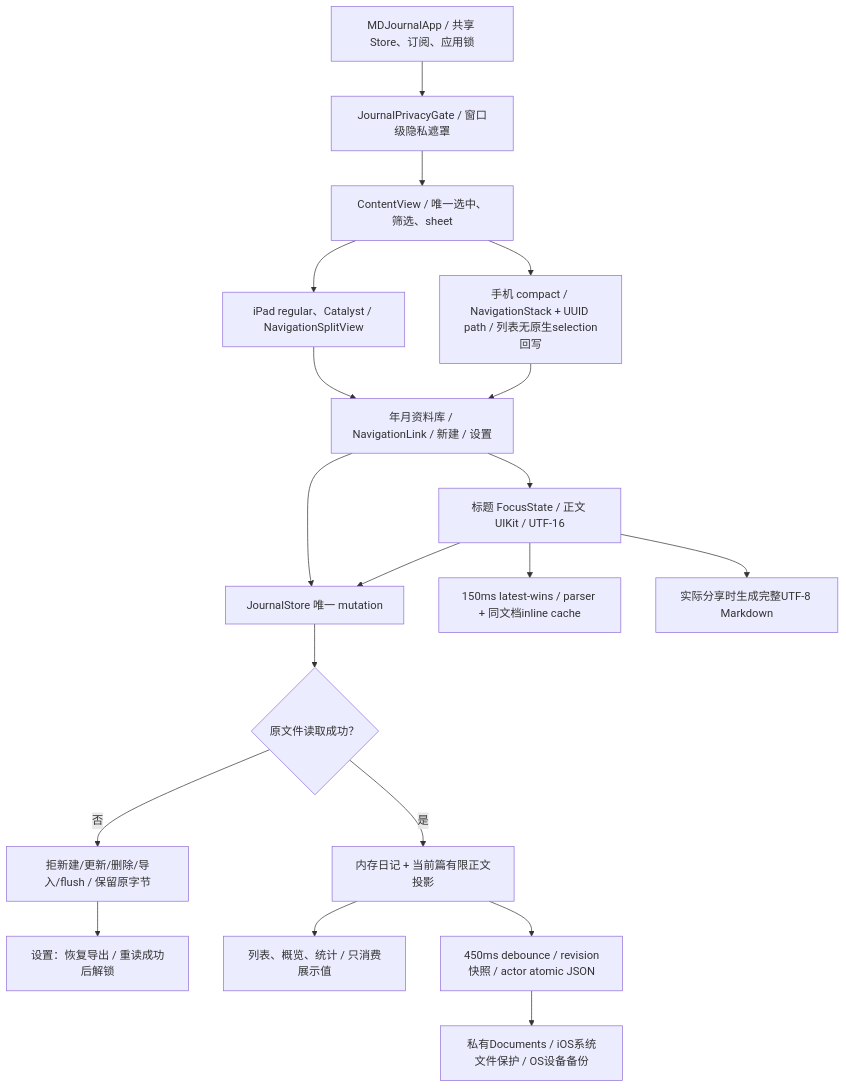
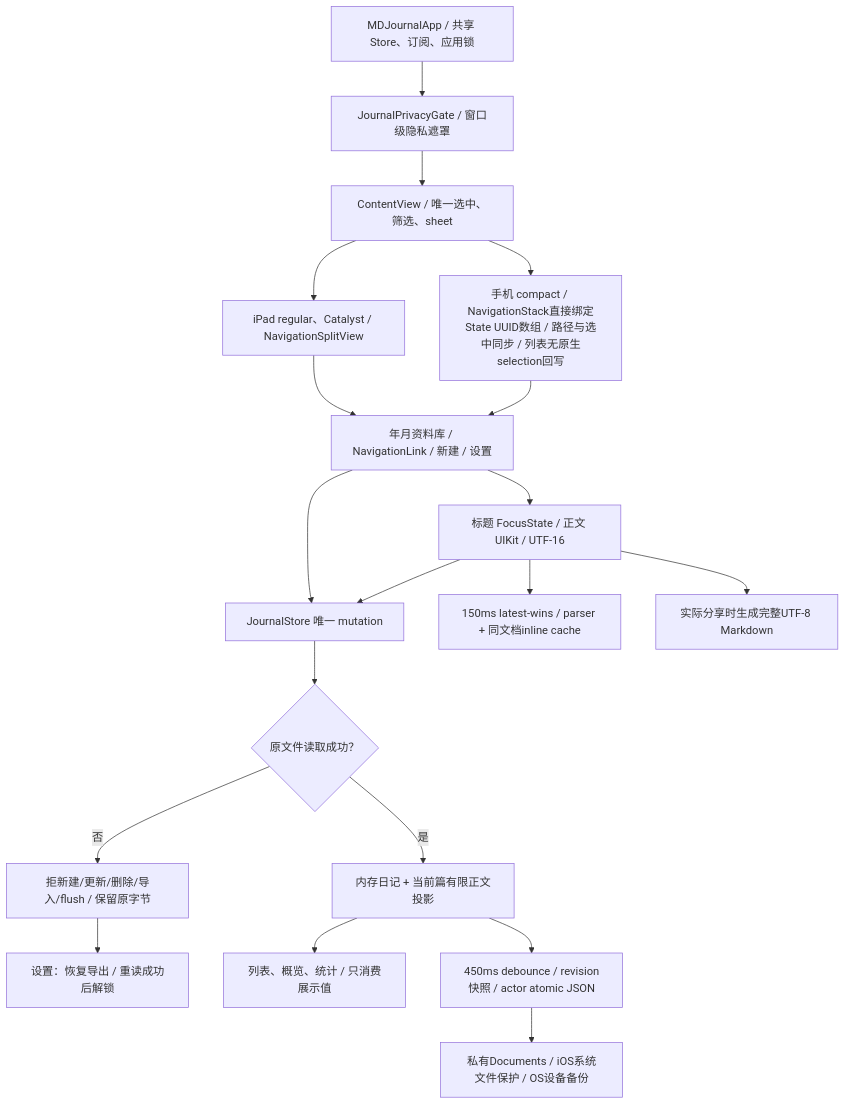
The first of 4 diagrams in md/flow/flowchart.md (Altman-sam114/117), drawn with Mermaid before and after one commit. The commit also changed other lines of this file and 10 other files, not shown here.

````diff
--- a/md/flow/flowchart.md
+++ b/md/flow/flowchart.md
@@ -5,21 +5,21 @@
 ```mermaid
 flowchart TD
   App["MDJournalApp / 共享 Store、订阅、应用锁"] --> Gate["JournalPrivacyGate / 窗口级隐私遮罩"]
   Gate --> Content["ContentView / 唯一选中、筛选、sheet"]
-  Content --> Compact["手机 compact / NavigationStack + UUID path / 列表无原生selection回写"]
+  Content --> Compact["手机 compact / NavigationStack直接绑定State UUID数组 / 路径与选中同步 / 列表无原生selection回写"]
   Content --> Regular["iPad regular、Catalyst / NavigationSplitView"]
   Compact --> Library["年月资料库 / NavigationLink / 新建 / 设置"]
   Regular --> Library
   Library --> Editor["标题 FocusState / 正文 UIKit / UTF-16"]
   Editor --> Mutation["JournalStore 唯一 mutation"]
   Library --> Mutation
   Mutation --> Health{"原文件读取成功？"}
   Health -- "否" --> Protect["拒新建/更新/删除/导入/flush / 保留原字节"]
   Protect --> Recovery["设置：恢复导出 / 重读成功后解锁"]
   Health -- "是" --> State["内存日记 + 当前篇有限正文投影"]
   State --> ListStats["列表、概览、统计 / 只消费展示值"]
   State --> Save["450ms debounce / revision快照 / actor atomic JSON"]
   Save --> File["私有Documents / iOS系统文件保护 / OS设备备份"]
   Editor --> Preview["150ms latest-wins / parser + 同文档inline cache"]
   Editor --> Share["实际分享时生成完整UTF-8 Markdown"]
 ```
````
